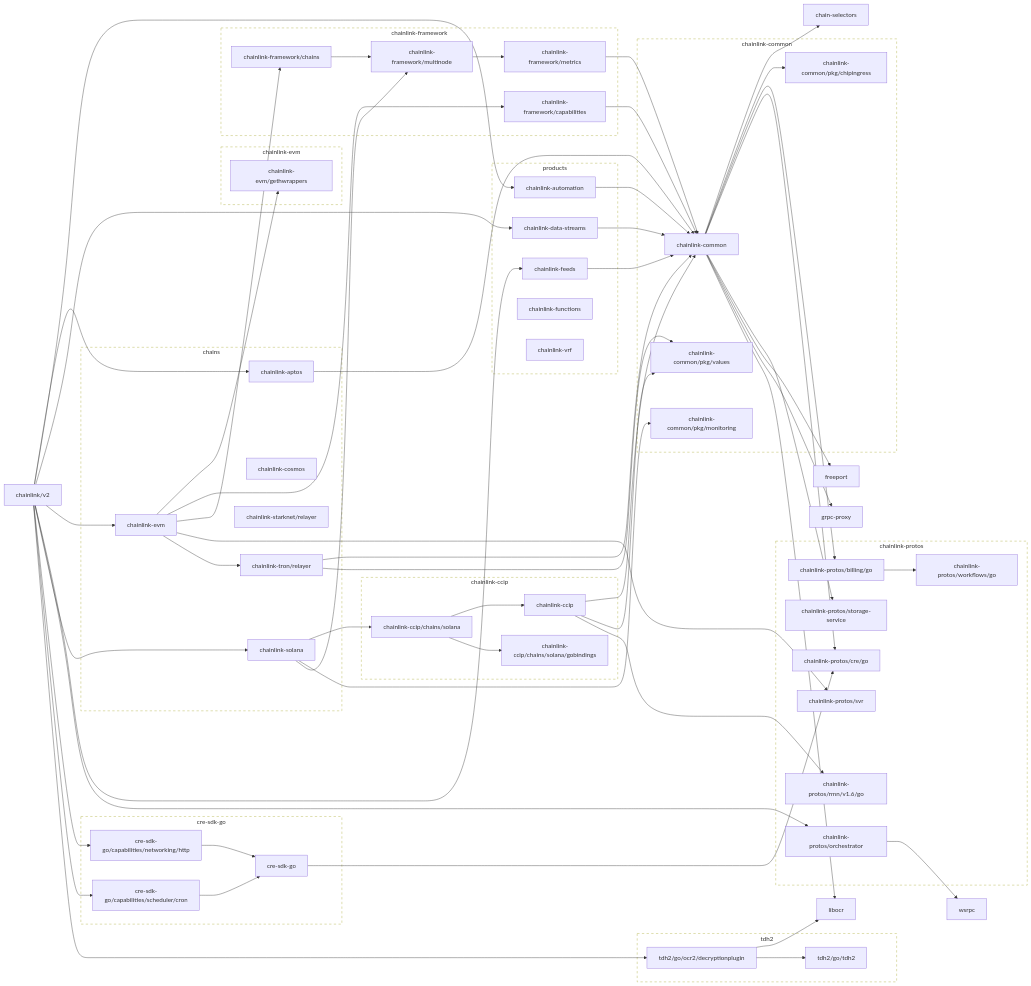
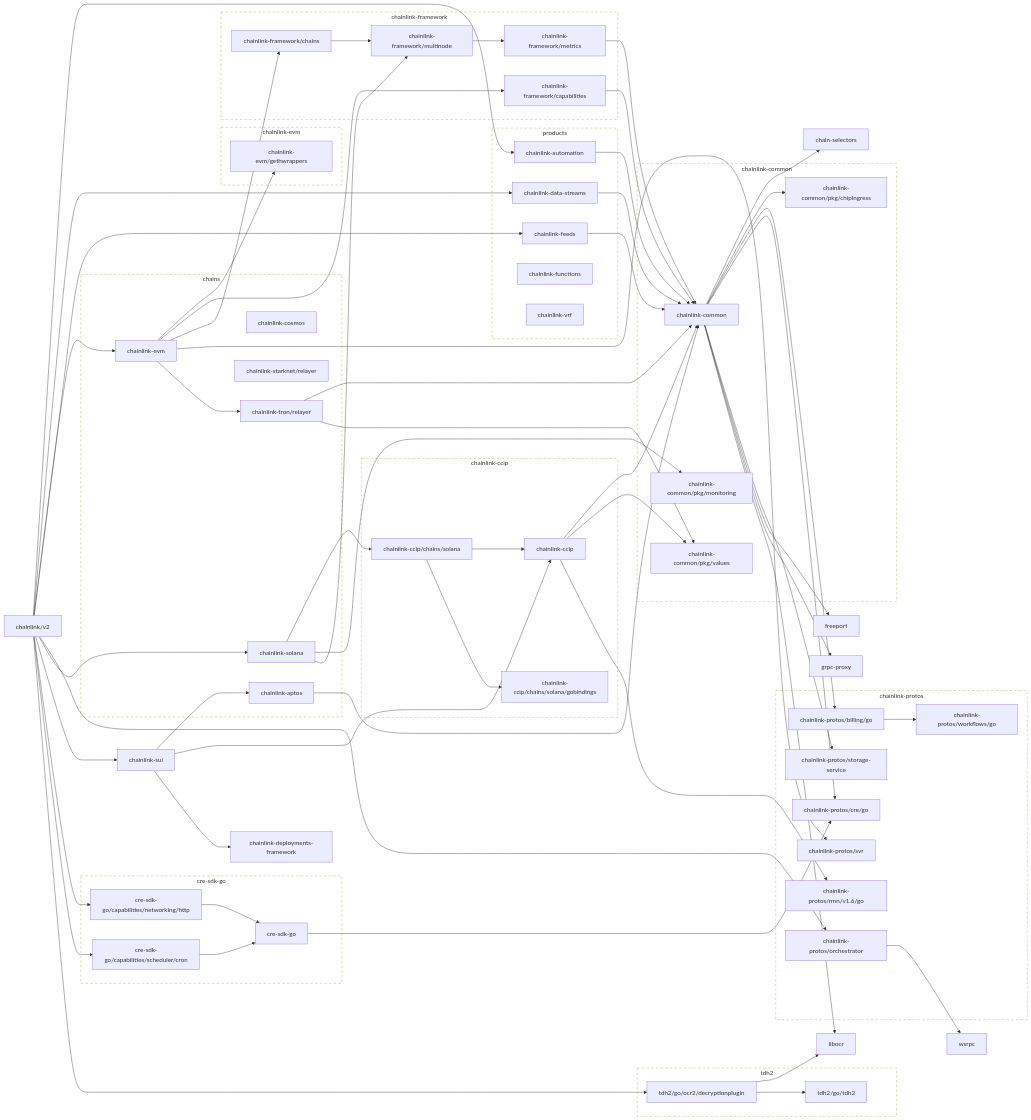
The first of 2 diagrams in go.md (JohnDaWalka/chainlink), drawn with Mermaid before and after one commit. The commit also changed other lines of this file and 24 other files, not shown here.

```diff
--- a/go.md
+++ b/go.md
@@ -54,6 +54,8 @@
 	click chainlink-common/pkg/values href "https://github.com/smartcontractkit/chainlink-common"
 	chainlink-data-streams --> chainlink-common
 	click chainlink-data-streams href "https://github.com/smartcontractkit/chainlink-data-streams"
+	chainlink-deployments-framework
+	click chainlink-deployments-framework href "https://github.com/smartcontractkit/chainlink-deployments-framework"
 	chainlink-evm --> chainlink-evm/gethwrappers
 	chainlink-evm --> chainlink-framework/capabilities
 	chainlink-evm --> chainlink-framework/chains
@@ -90,16 +92,20 @@
 	chainlink-solana --> chainlink-common/pkg/monitoring
 	chainlink-solana --> chainlink-framework/multinode
 	click chainlink-solana href "https://github.com/smartcontractkit/chainlink-solana"
+	chainlink-sui --> chainlink-aptos
+	chainlink-sui --> chainlink-ccip
+	chainlink-sui --> chainlink-deployments-framework
+	click chainlink-sui href "https://github.com/smartcontractkit/chainlink-sui"
 	chainlink-tron/relayer --> chainlink-common
 	chainlink-tron/relayer --> chainlink-common/pkg/values
 	click chainlink-tron/relayer href "https://github.com/smartcontractkit/chainlink-tron"
-	chainlink/v2 --> chainlink-aptos
 	chainlink/v2 --> chainlink-automation
 	chainlink/v2 --> chainlink-data-streams
 	chainlink/v2 --> chainlink-evm
 	chainlink/v2 --> chainlink-feeds
 	chainlink/v2 --> chainlink-protos/orchestrator
 	chainlink/v2 --> chainlink-solana
+	chainlink/v2 --> chainlink-sui
 	chainlink/v2 --> cre-sdk-go/capabilities/networking/http
 	chainlink/v2 --> cre-sdk-go/capabilities/scheduler/cron
 	chainlink/v2 --> tdh2/go/ocr2/decryptionplugin
```
